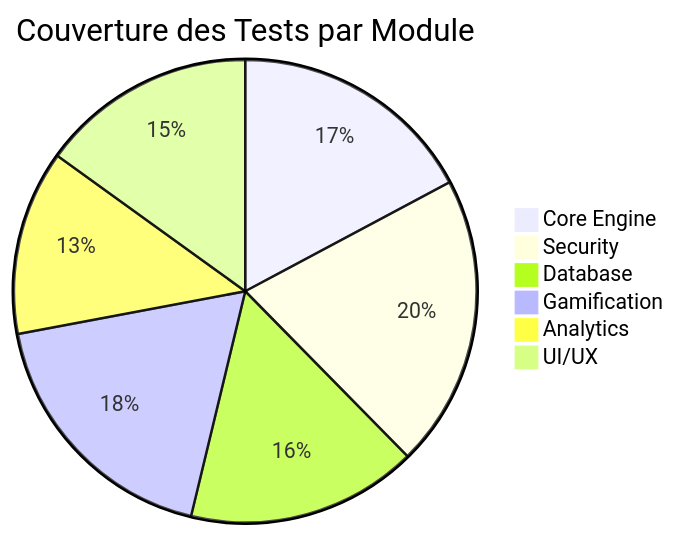
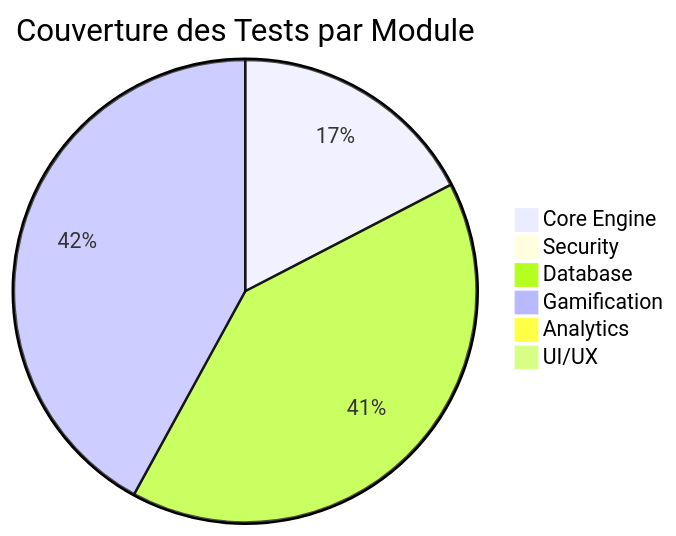
The fifth of 6 diagrams in README.md (arkalia-luna-system/arkalia-quest), drawn with Mermaid before and after one commit. The commit also changed other lines of this file and 18 other files, not shown here.

````diff
--- a/README.md
+++ b/README.md
@@ -225,9 +227,9 @@
 ```mermaid
 pie title Couverture des Tests par Module
-    "Core Engine" : 80
-    "Security" : 95
-    "Database" : 75
-    "Gamification" : 85
-    "Analytics" : 60
-    "UI/UX" : 70
+    "Core Engine" : 12
+    "Security" : 0
+    "Database" : 28
+    "Gamification" : 29
+    "Analytics" : 0
+    "UI/UX" : 0
 ```
````
